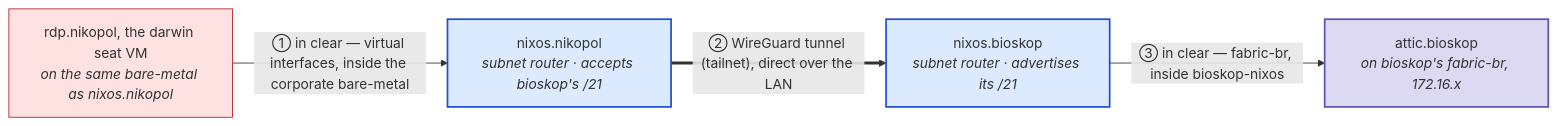
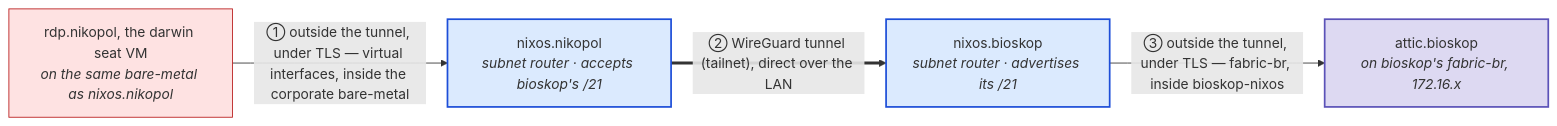
The second of 14 diagrams in docs/private-binary-cache-spec.adoc (seedmatic/ndh), drawn with Mermaid before and after one commit. The commit also changed other lines of this file, not shown here.

First line of the commit message:
docs(cache): 🛡️'s review — the corporate hypervisor is an accepted risk, a lost host rotates both secrets

```diff
--- a/docs/private-binary-cache-spec.adoc
+++ b/docs/private-binary-cache-spec.adoc
@@ -167,16 +174,16 @@
 [mermaid]
 ....
 flowchart LR
   c["rdp.nikopol, the darwin seat VM<br/><i>on the same bare-metal as nixos.nikopol</i>"]:::clear
   nn["nixos.nikopol<br/><i>subnet router · accepts bioskop's /21</i>"]:::router
   nb["nixos.bioskop<br/><i>subnet router · advertises its /21</i>"]:::router
   a["attic.bioskop<br/><i>on bioskop's fabric-br, 172.16.x</i>"]:::cache
 
-  c -->|"① in clear — virtual interfaces, inside the corporate bare-metal"| nn
+  c -->|"① outside the tunnel, under TLS — virtual interfaces, inside the corporate bare-metal"| nn
   nn ==>|"② WireGuard tunnel (tailnet), direct over the LAN"| nb
-  nb -->|"③ in clear — fabric-br, inside bioskop-nixos"| a
+  nb -->|"③ outside the tunnel, under TLS — fabric-br, inside bioskop-nixos"| a
 
   classDef clear fill:#fee2e2,stroke:#b91c1c;
   classDef router fill:#dbeafe,stroke:#1d4ed8,stroke-width:2px;
   classDef cache fill:#ddd9f2,stroke:#5b52b8,stroke-width:2px;
 ....
```
